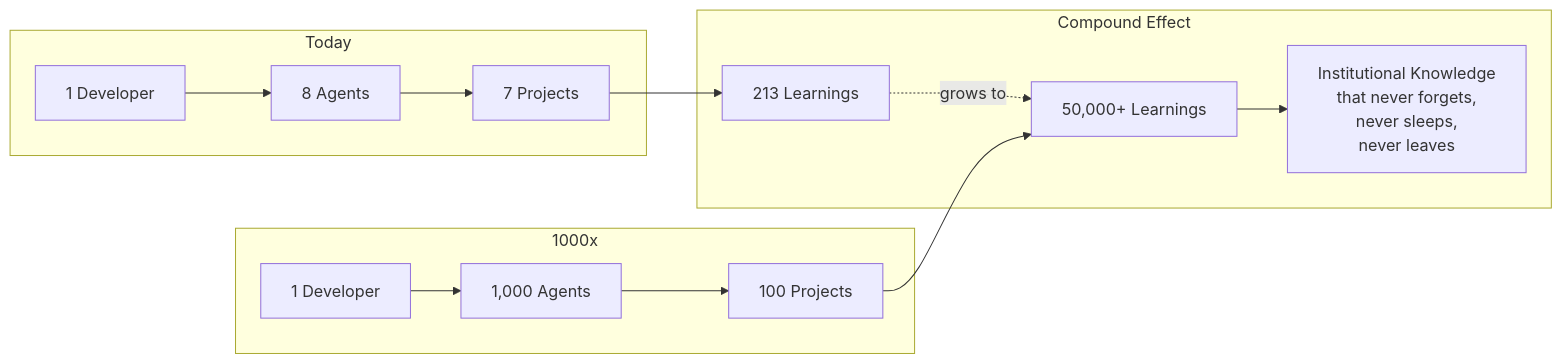
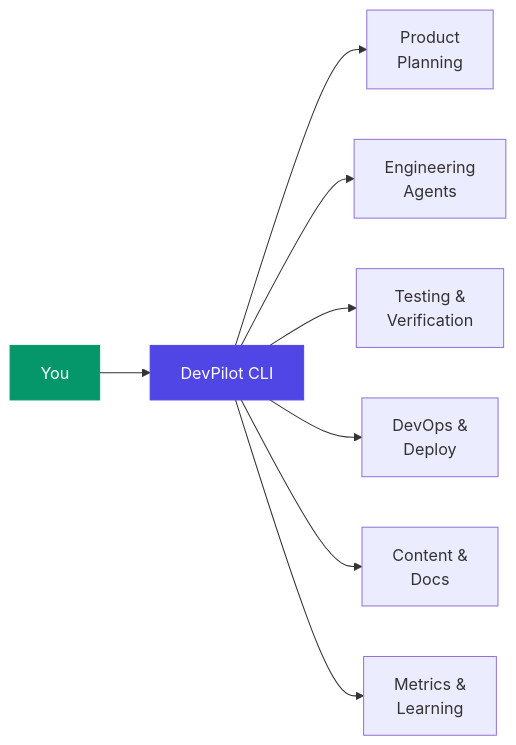
One commit to kishorer747/devpilot-blog changed the first of 3 diagrams in _posts/2026-02-02-introducing-devpilot.md. Above: the diagram before and after it, drawn with Mermaid. The commit also changed other lines of this file and 3 other files, not shown here.

First line of the commit message:
Update about + intro post: 100x vision, mermaid diagrams, clean formatting

````diff
--- a/_posts/2026-02-02-introducing-devpilot.md
+++ b/_posts/2026-02-02-introducing-devpilot.md
@@ -112,20 +31,13 @@
 ```mermaid
 graph LR
-    subgraph "Today"
-        H1[1 Developer] --> A1[8 Agents]
-        A1 --> P1[7 Projects]
-    end
+    YOU[You] --> DP[DevPilot CLI]
+    DP --> PM[Product<br/>Planning]
+    DP --> DEV[Engineering<br/>Agents]
+    DP --> QA[Testing &<br/>Verification]
+    DP --> OPS[DevOps &<br/>Deploy]
+    DP --> DOC[Content &<br/>Docs]
+    DP --> DATA[Metrics &<br/>Learning]
 
-    subgraph "1000x"
-        H2[1 Developer] --> A2[1,000 Agents]
-        A2 --> P2[100 Projects]
-    end
-
-    subgraph "Compound Effect"
-        L1[213 Learnings] -.->|grows to| L2[50,000+ Learnings]
-        L2 --> KNOW[Institutional Knowledge<br/>that never forgets,<br/>never sleeps,<br/>never leaves]
-    end
-
-    P1 --> L1
-    P2 --> L2
+    style DP fill:#4F46E5,color:#fff,stroke:#4F46E5
+    style YOU fill:#059669,color:#fff,stroke:#059669
 ```
````
